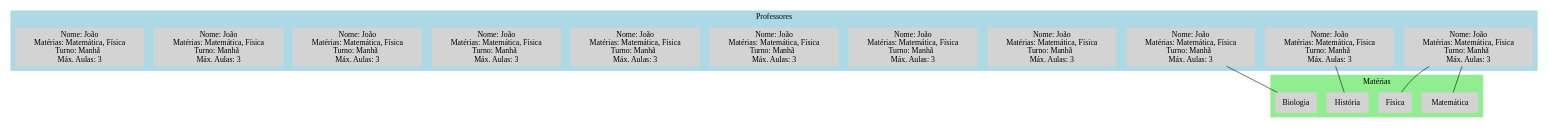
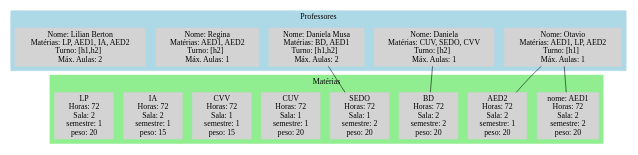
Before and after one commit to Th0m4sma/Trabalho_Final_TG: the diagram in grafo.dot, drawn with Graphviz. The commit also changed 4 other files, not shown here.

```diff
--- a/grafo.dot
+++ b/grafo.dot
@@ -1,41 +1,39 @@
 graph G {
   //Estilo padrão dos nós(para imprimir)
   node [shape=box, style=filled, color=lightgray];
 
   // Subgrafo de Professores
   subgraph cluster_professores {
     label = "Professores";
     style = filled;
     color = lightblue;
 
-    P1 [label= "Nome: João \nMatérias: Matemática, Física \nTurno: Manhã  \nMáx. Aulas: 3"];
-    P2 [label= "Nome: João \nMatérias: Matemática, Física \nTurno: Manhã  \nMáx. Aulas: 3"];
-    P3 [label= "Nome: João \nMatérias: Matemática, Física \nTurno: Manhã  \nMáx. Aulas: 3"];
-    P4 [label= "Nome: João \nMatérias: Matemática, Física \nTurno: Manhã  \nMáx. Aulas: 3"];
-    P5 [label= "Nome: João \nMatérias: Matemática, Física \nTurno: Manhã  \nMáx. Aulas: 3"];
-    P6 [label= "Nome: João \nMatérias: Matemática, Física \nTurno: Manhã  \nMáx. Aulas: 3"];
-    P7 [label= "Nome: João \nMatérias: Matemática, Física \nTurno: Manhã  \nMáx. Aulas: 3"];
-    P8 [label= "Nome: João \nMatérias: Matemática, Física \nTurno: Manhã  \nMáx. Aulas: 3"];
-    P9 [label= "Nome: João \nMatérias: Matemática, Física \nTurno: Manhã  \nMáx. Aulas: 3"];
-    P10 [label= "Nome: João \nMatérias: Matemática, Física \nTurno: Manhã  \nMáx. Aulas: 3"];
-    P11 [label= "Nome: João \nMatérias: Matemática, Física \nTurno: Manhã  \nMáx. Aulas: 3"];
+    P1 [label= "Nome: Otavio \nMatérias: AED1, LP, AED2 \nTurno: [h1]  \nMáx. Aulas: 1"];
+    P2 [label= "Nome: Daniela \nMatérias: CUV, SEDO, CVV \nTurno: [h2]  \nMáx. Aulas: 1"];
+    P3 [label= "Nome: Daniela Musa \nMatérias: BD, AED1 \nTurno: [h1,h2]  \nMáx. Aulas: 2"];
+    P4 [label= "Nome: Regina \nMatérias: AED1, AED2 \nTurno: [h2]  \nMáx. Aulas: 1"];
+    P5 [label= "Nome: Lilian Berton \nMatérias: LP, AED1, IA, AED2 \nTurno: [h1,h2]  \nMáx. Aulas: 2"];
   }
 
-  // Subgrafo de Matérias
+  //Subgrafo de Matérias
   subgraph cluster_materias {
     label = "Matérias";
     style = filled;
     color = lightgreen;
 
-    M1 [label="Matemática"];
-    M2 [label="Física"];
-    M3 [label="História"];
-    M4 [label="Biologia"];
+    M1 [label="nome: AED1 \nHoras: 72 \nSala: 2 \nsemestre: 2 \npeso: 20"];
+    M2 [label="AED2 \nHoras: 72 \nSala: 2 \nsemestre: 1 \npeso: 20"];
+    M3 [label="BD \nHoras: 72 \nSala: 2 \nsemestre: 2 \npeso: 20"];
+    M4 [label="SEDO \nHoras: 72 \nSala: 1 \nsemestre: 2 \npeso: 20"];
+    M5 [label="CUV \nHoras: 72 \nSala: 1 \nsemestre: 1 \npeso: 20"];
+    M6 [label="CVV \nHoras: 72 \nSala: 1 \nsemestre: 1 \npeso: 15"];
+    M7 [label="IA \nHoras: 72 \nSala: 2 \nsemestre: 1 \npeso: 15"];
+    M8 [label="LP \nHoras: 72 \nSala: 2 \nsemestre: 1 \npeso: 20"];
   }
 
   //Ligações entre professores e matérias
   P1 -- M1;
   P1 -- M2;
   P2 -- M3;
   P3 -- M4;
 }
```
